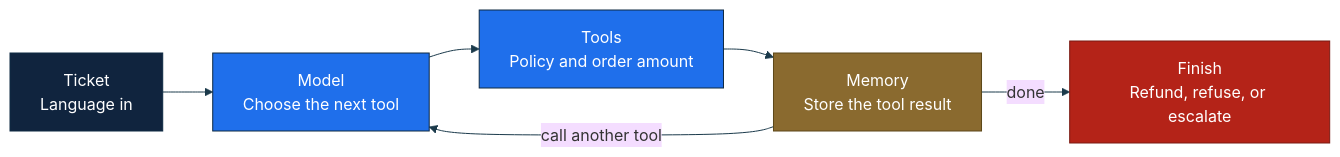
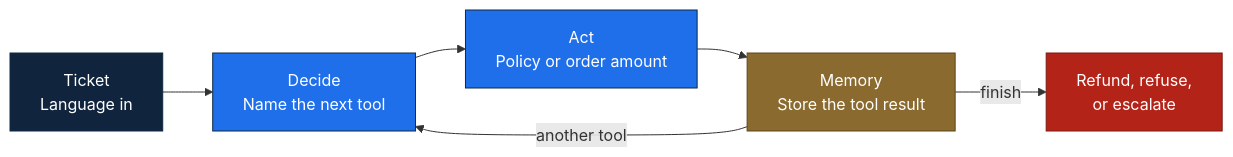
One commit to salihtutun/Agentic-AI_Autonomous_Decision_Making changed the diagram in assets/mermaid/llm-tool-loop.mmd. Above: the diagram before and after it, drawn with Mermaid. The commit also changed 24 other files, not shown here.

Commit message:
feat: redraw the session diagrams so the arrows match the lesson

```diff
--- a/assets/mermaid/llm-tool-loop.mmd
+++ b/assets/mermaid/llm-tool-loop.mmd
@@ -1,15 +1,14 @@
-%%{init: {'theme':'base','themeVariables':{'fontFamily':'Segoe UI, Arial, sans-serif','fontSize':'16px','lineColor':'#1B3A4B'}}}%%
 flowchart LR
-    T["Ticket<br/>Language in"] --> M["Model<br/>Choose the next tool"]
-    M --> TOOLS["Tools<br/>Policy and order amount"]
+    T["Ticket<br/>Language in"] --> M["Decide<br/>Name the next tool"]
+    M --> TOOLS["Act<br/>Policy or order amount"]
     TOOLS --> MEM["Memory<br/>Store the tool result"]
-    MEM -->|call another tool| M
-    MEM -->|done| FIN["Finish<br/>Refund, refuse, or escalate"]
+    MEM -->|another tool| M
+    MEM -->|finish| FIN["Refund, refuse,<br/>or escalate"]
     classDef navy fill:#10243E,stroke:#0E2A43,color:#ffffff
     classDef blue fill:#1F6FEB,stroke:#0E2A43,color:#ffffff
     classDef gold fill:#8A6A2F,stroke:#5C4718,color:#ffffff
     classDef red fill:#B42318,stroke:#7A1A12,color:#ffffff
     class T navy
     class M,TOOLS blue
     class MEM gold
     class FIN red
```
